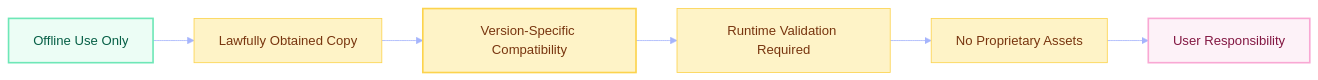
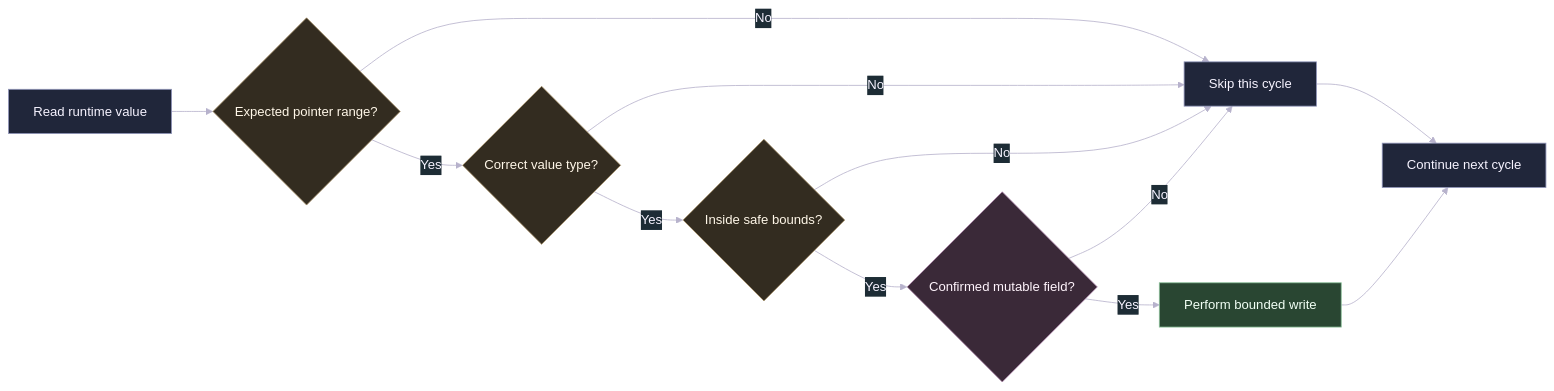
Diagram 17 of 17 in README.md (Tanishq-JM/Project-IGI-Offline-Trainer), drawn with Mermaid before and after one commit. The commit also changed other lines of this file, not shown here.

````diff
--- a/README.md
+++ b/README.md
@@ -1244,13 +656,22 @@
 ```mermaid
-%%{init: {'theme':'base', 'themeVariables': { 'primaryColor':'#FEF3C7','primaryTextColor':'#78350F','primaryBorderColor':'#FCD34D','lineColor':'#A5B4FC','secondaryColor':'#EEF2FF','tertiaryColor':'#FDF2F8'}}}%%
+%%{init: {'theme':'base', 'themeVariables': {'background':'#0F1117','primaryColor':'#20263A','primaryTextColor':'#F6F3FF','primaryBorderColor':'#8E93B8','lineColor':'#B7B2CC','secondaryColor':'#1D2C35','secondaryTextColor':'#F3FAFC','secondaryBorderColor':'#7E9BAA','tertiaryColor':'#342633','tertiaryTextColor':'#FFF2FB','tertiaryBorderColor':'#A17F9D','fontFamily':'Segoe UI'}}}%%
 flowchart LR
-    Offline[Offline Use Only] --> Lawful[Lawfully Obtained Copy]
-    Lawful --> Version[Version-Specific Compatibility]
-    Version --> Validate[Runtime Validation Required]
-    Validate --> NoAssets[No Proprietary Assets]
-    NoAssets --> Responsibility[User Responsibility]
+    Read["Read runtime value"] --> Pointer{"Expected pointer range?"}
+    Pointer -->|No| Skip["Skip this cycle"]
+    Pointer -->|Yes| Type{"Correct value type?"}
+    Type -->|No| Skip
+    Type -->|Yes| Bounds{"Inside safe bounds?"}
+    Bounds -->|No| Skip
+    Bounds -->|Yes| Field{"Confirmed mutable field?"}
+    Field -->|No| Skip
+    Field -->|Yes| Write["Perform bounded write"]
+    Write --> Next["Continue next cycle"]
+    Skip --> Next
 
-    style Offline fill:#ECFDF5,stroke:#6EE7B7,stroke-width:2px,color:#065F46
-    style Version fill:#FEF3C7,stroke:#FCD34D,stroke-width:2px,color:#78350F
-    style Responsibility fill:#FDF2F8,stroke:#F9A8D4,stroke-width:2px,color:#831843
+    style Read fill:#20263A,stroke:#8E93B8,color:#F6F3FF
+    style Pointer fill:#332C20,stroke:#AA946D,color:#FFF7E8
+    style Type fill:#332C20,stroke:#AA946D,color:#FFF7E8
+    style Bounds fill:#332C20,stroke:#AA946D,color:#FFF7E8
+    style Field fill:#3A2938,stroke:#B188AE,color:#FFF4FC
+    style Write fill:#294632,stroke:#8BC09A,color:#F1FFF5
 ```
````
